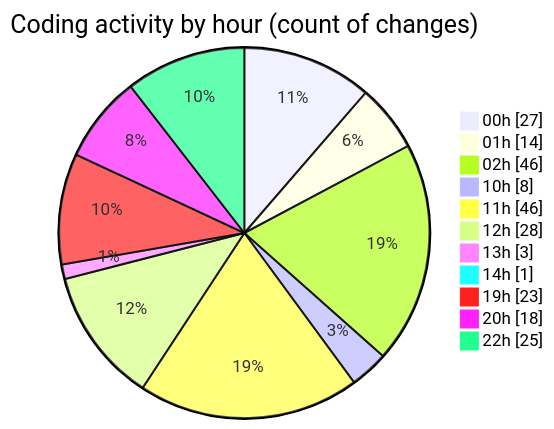
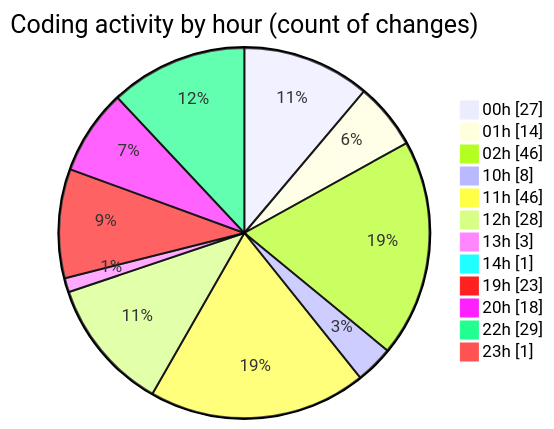
The second of 2 diagrams in 2025-07-17/nhahang/README.md (lephambinh05/code-tracking), drawn with Mermaid before and after one commit. The commit also changed other lines of this file and 1 other file, not shown here.

````diff
--- a/2025-07-17/nhahang/README.md
+++ b/2025-07-17/nhahang/README.md
@@ -101,15 +103,16 @@
 ```mermaid
 pie showData
 title Coding activity by hour (count of changes)
 "00h" : 27
 "01h" : 14
 "02h" : 46
 "10h" : 8
 "11h" : 46
 "12h" : 28
 "13h" : 3
 "14h" : 1
 "19h" : 23
 "20h" : 18
-"22h" : 25
+"22h" : 29
+"23h" : 1
 ```
````
